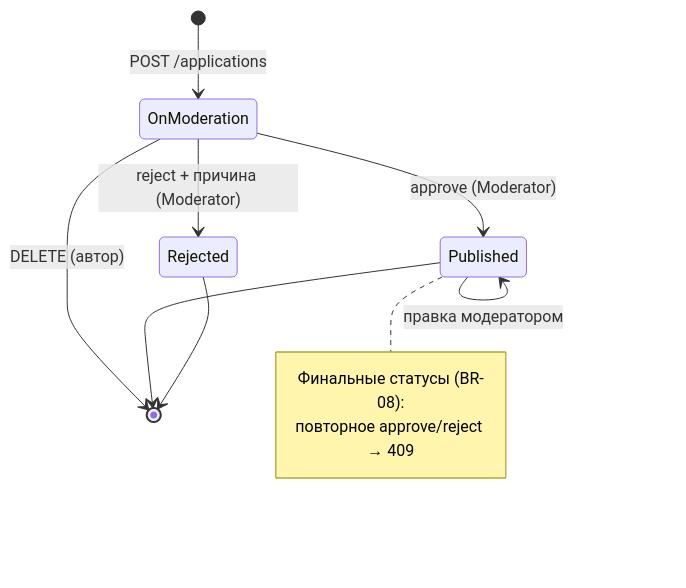
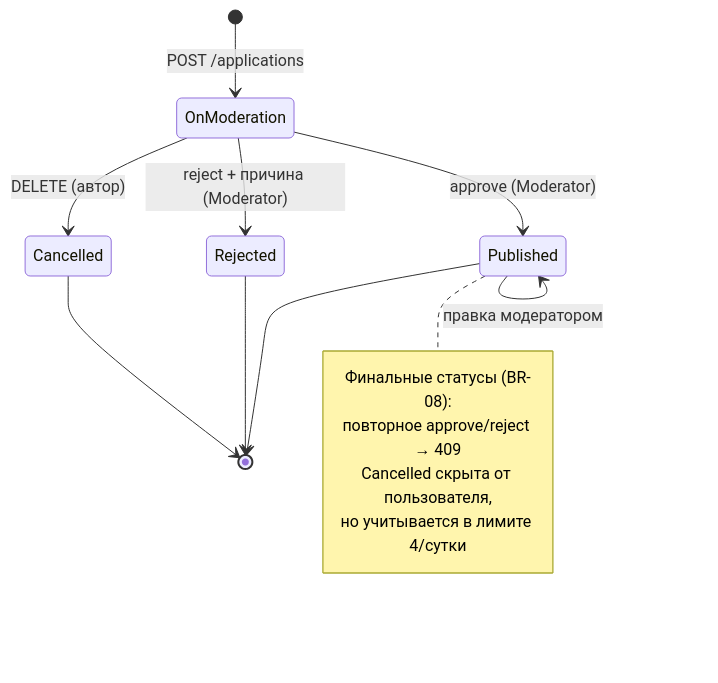
One commit to dwmbff/discount_aggregator changed the second of 6 diagrams in docs/04-diagrams.md. Above: the diagram before and after it, drawn with Mermaid. The commit also changed other lines of this file and 45 other files, not shown here.

````diff
--- a/docs/04-diagrams.md
+++ b/docs/04-diagrams.md
@@ -31,14 +31,17 @@
 ```mermaid
 stateDiagram-v2
     [*] --> OnModeration: POST /applications
     OnModeration --> Published: approve (Moderator)
     OnModeration --> Rejected: reject + причина (Moderator)
-    OnModeration --> [*]: DELETE (автор)
+    OnModeration --> Cancelled: DELETE (автор)
     Published --> Published: правка модератором
     Published --> [*]
     Rejected --> [*]
+    Cancelled --> [*]
     note right of Published
         Финальные статусы (BR-08):
         повторное approve/reject → 409
+        Cancelled скрыта от пользователя,
+        но учитывается в лимите 4/сутки
     end note
 ```
````
